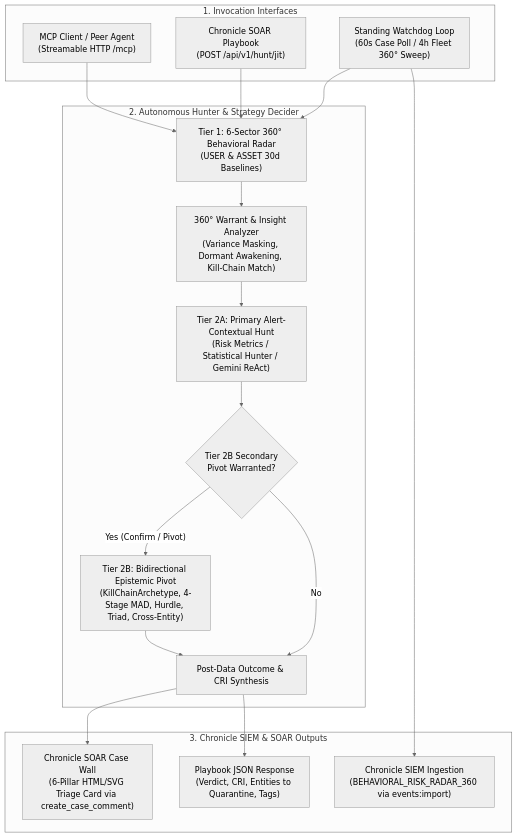
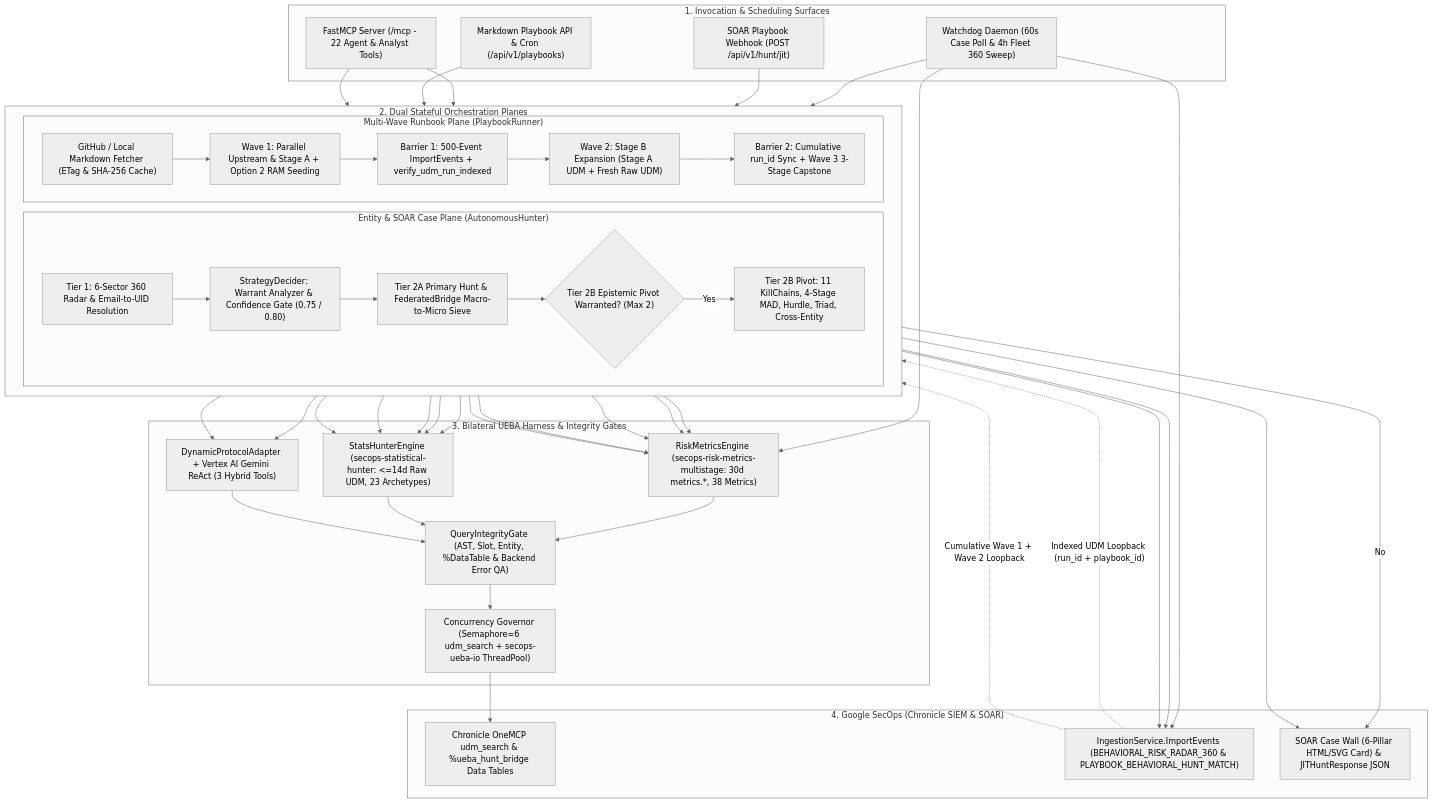
The first of 2 diagrams in README.md (GooGKush/agentic-ueba), drawn with Mermaid (neutral theme) before and after one commit. The commit also changed other lines of this file and 2 other files, not shown here.

Commit message:
docs: expand README and ARCHITECTURE for 3-wave A->UDM->B stage expansion and sync playbook tests

````diff
--- a/README.md
+++ b/README.md
@@ -58,24 +86,59 @@
 ```mermaid
 flowchart TD
-    subgraph Triggers ["1. Invocation Interfaces"]
-        T1["Standing Watchdog Loop<br/>(60s Case Poll / 4h Fleet 360° Sweep)"]
-        T2["Chronicle SOAR Playbook<br/>(POST /api/v1/hunt/jit)"]
-        T3["MCP Client / Peer Agent<br/>(Streamable HTTP /mcp)"]
+    subgraph Surfaces ["1. Invocation & Scheduling Surfaces"]
+        S1["Watchdog Daemon (60s Case Poll & 4h Fleet 360 Sweep)"]
+        S2["SOAR Playbook Webhook (POST /api/v1/hunt/jit)"]
+        S3["Markdown Playbook API & Cron (/api/v1/playbooks)"]
+        S4["FastMCP Server (/mcp - 22 Agent & Analyst Tools)"]
     end
 
-    subgraph Engine ["2. Autonomous Hunter & Strategy Decider"]
-        T1 & T2 & T3 --> R1["Tier 1: 6-Sector 360° Behavioral Radar<br/>(USER & ASSET 30d Baselines)"]
-        R1 --> W["360° Warrant & Insight Analyzer<br/>(Variance Masking, Dormant Awakening, Kill-Chain Match)"]
-        W --> R2A["Tier 2A: Primary Alert-Contextual Hunt<br/>(Risk Metrics / Statistical Hunter / Gemini ReAct)"]
-        R2A --> R2B{"Tier 2B Secondary<br/>Pivot Warranted?"}
-        R2B -- "Yes (Confirm / Pivot)" --> P2B["Tier 2B: Bidirectional Epistemic Pivot<br/>(KillChainArchetype, 4-Stage MAD, Hurdle, Triad, Cross-Entity)"]
-        R2B -- "No" --> OUT["Post-Data Outcome & CRI Synthesis"]
-        P2B --> OUT
+    subgraph Orchestrators ["2. Dual Stateful Orchestration Planes"]
+        direction LR
+        subgraph EntityPlane ["Entity & SOAR Case Plane (AutonomousHunter)"]
+            E1["Tier 1: 6-Sector 360 Radar & Email-to-UID Resolution"]
+            E2["StrategyDecider: Warrant Analyzer & Confidence Gate (0.75 / 0.80)"]
+            E3["Tier 2A Primary Hunt & FederatedBridge Macro-to-Micro Sieve"]
+            E4{"Tier 2B Epistemic Pivot Warranted? (Max 2)"}
+            E5["Tier 2B Pivot: 11 KillChains, 4-Stage MAD, Hurdle, Triad, Cross-Entity"]
+            E1 --> E2 --> E3 --> E4
+            E4 -- "Yes" --> E5
+        end
+
+        subgraph PlaybookPlane ["Multi-Wave Runbook Plane (PlaybookRunner)"]
+            P1["GitHub / Local Markdown Fetcher (ETag & SHA-256 Cache)"]
+            P2["Wave 1: Parallel Upstream & Stage A + Option 2 RAM Seeding"]
+            P3["Barrier 1: 500-Event ImportEvents + verify_udm_run_indexed"]
+            P4["Wave 2: Stage B Expansion (Stage A UDM + Fresh Raw UDM)"]
+            P5["Barrier 2: Cumulative run_id Sync + Wave 3 3-Stage Capstone"]
+            P1 --> P2 --> P3 --> P4 --> P5
+        end
     end
 
-    subgraph Outputs ["3. Chronicle SIEM & SOAR Outputs"]
-        OUT --> CW["Chronicle SOAR Case Wall<br/>(6-Pillar HTML/SVG Triage Card via create_case_comment)"]
-        OUT --> PB["Playbook JSON Response<br/>(Verdict, CRI, Entities to Quarantine, Tags)"]
-        T1 --> UDM["Chronicle SIEM Ingestion<br/>(BEHAVIORAL_RISK_RADAR_360 via events:import)"]
+    subgraph Harness ["3. Bilateral UEBA Harness & Integrity Gates"]
+        H1["RiskMetricsEngine (secops-risk-metrics-multistage: 30d metrics.*, 38 Metrics)"]
+        H2["StatsHunterEngine (secops-statistical-hunter: <=14d Raw UDM, 23 Archetypes)"]
+        H3["DynamicProtocolAdapter + Vertex AI Gemini ReAct (3 Hybrid Tools)"]
+        QG["QueryIntegrityGate (AST, Slot, Entity, %DataTable & Backend Error QA)"]
+        GOV["Concurrency Governor (Semaphore=6 udm_search + secops-ueba-io ThreadPool)"]
     end
+
+    subgraph SecOps ["4. Google SecOps (Chronicle SIEM & SOAR)"]
+        SIEM_Q["Chronicle OneMCP udm_search & %ueba_hunt_bridge Data Tables"]
+        SIEM_ING["IngestionService.ImportEvents (BEHAVIORAL_RISK_RADAR_360 & PLAYBOOK_BEHAVIORAL_HUNT_MATCH)"]
+        SOAR_CW["SOAR Case Wall (6-Pillar HTML/SVG Card) & JITHuntResponse JSON"]
+    end
+
+    S1 & S2 & S4 --> E1
+    S1 --> H1
+    S3 & S4 --> P1
+
+    E3 & E5 --> H1 & H2 & H3
+    E4 -- "No" --> SOAR_CW
+    E5 --> SOAR_CW
+    P2 & P4 & P5 --> H1 & H2
+
+    H1 & H2 & H3 --> QG --> GOV --> SIEM_Q
+    S1 & P3 & P5 --> SIEM_ING
+    SIEM_ING -. "Indexed UDM Loopback (run_id + playbook_id)" .-> P4
+    SIEM_ING -. "Cumulative Wave 1 + Wave 2 Loopback" .-> P5
 ```
````
